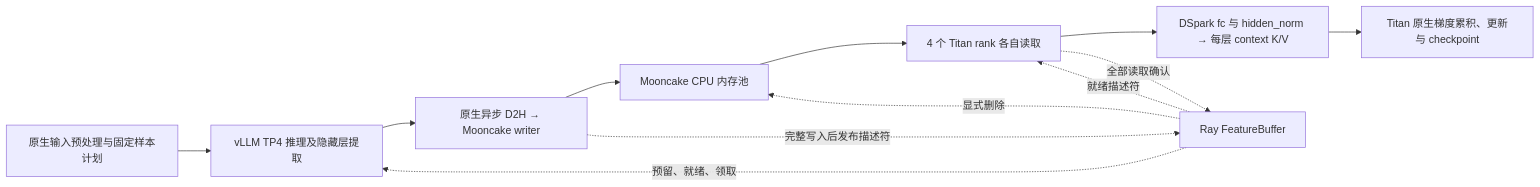
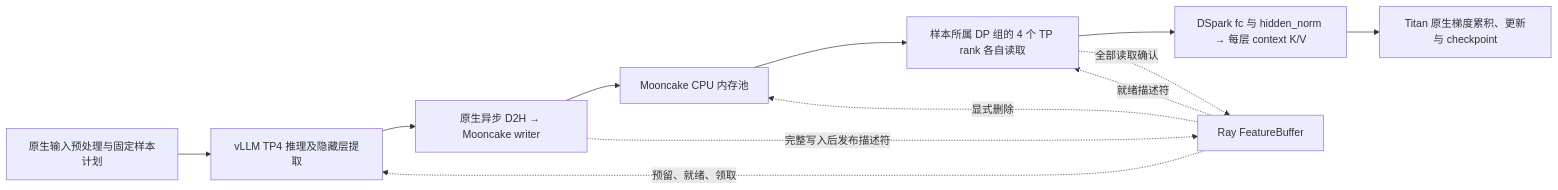
The diagram in deepspec/pipeline/README.md (xlm-research/DeepSpec), drawn with Mermaid before and after one commit. The commit also changed other lines of this file and 54 other files, not shown here.

````diff
--- a/deepspec/pipeline/README.md
+++ b/deepspec/pipeline/README.md
@@ -33,14 +63,14 @@
 ```mermaid
 flowchart LR
     P[原生输入预处理与固定样本计划] --> V[vLLM TP4 推理及隐藏层提取]
     V --> W[原生异步 D2H → Mooncake writer]
     W --> M[Mooncake CPU 内存池]
-    M --> R[4 个 Titan rank 各自读取]
+    M --> R[样本所属 DP 组的 4 个 TP rank 各自读取]
     R --> K[DSpark fc 与 hidden_norm → 每层 context K/V]
     K --> T[Titan 原生梯度累积、更新与 checkpoint]
     W -. 完整写入后发布描述符 .-> B[Ray FeatureBuffer]
     B -. 预留、就绪、领取 .-> V
     B -. 就绪描述符 .-> R
     R -. 全部读取确认 .-> B
     B -. 显式删除 .-> M
 ```
````
